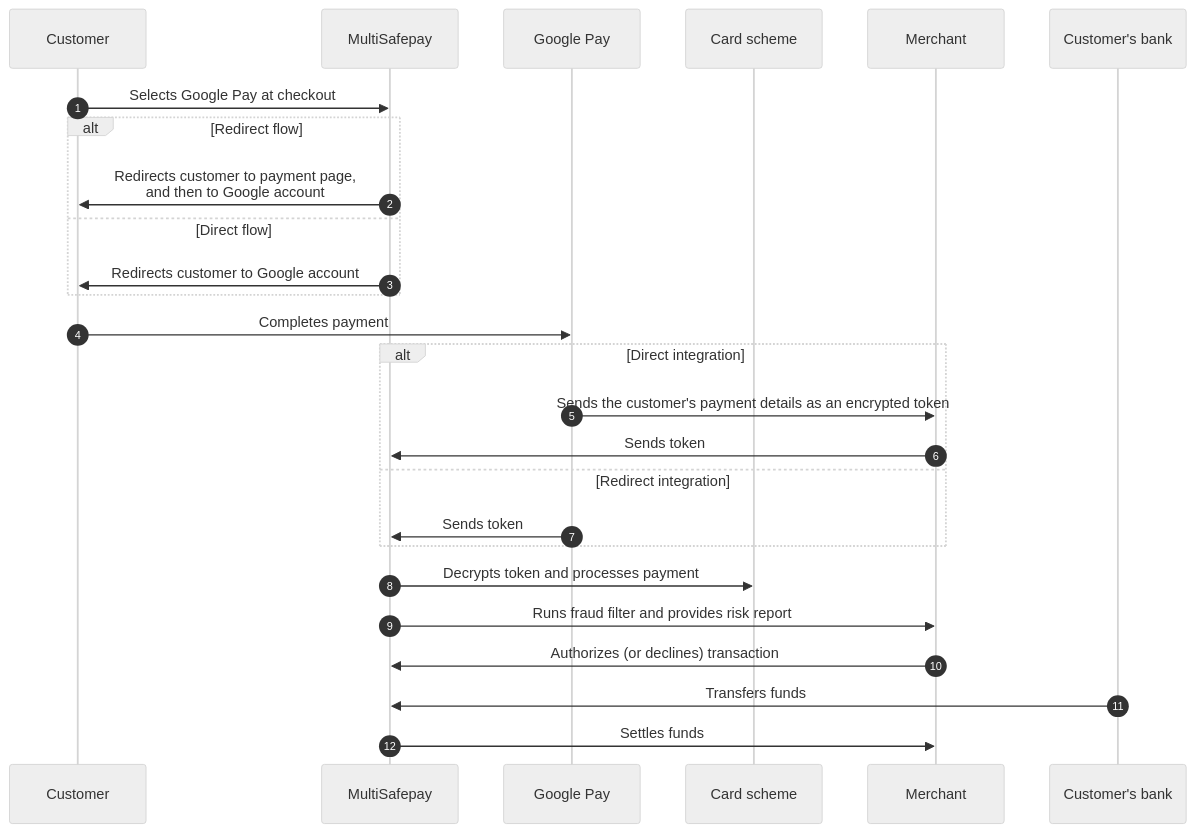
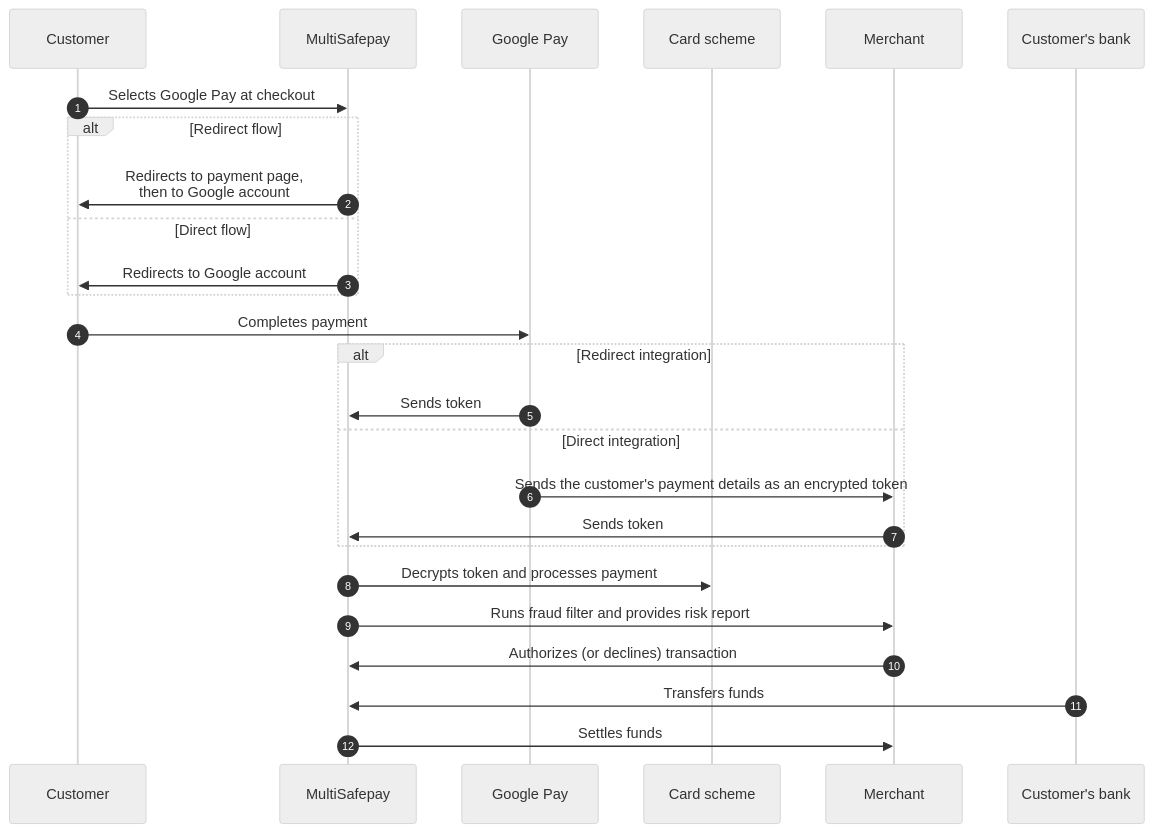
The diagram in content/payments/methods/wallet/googlepay/payment-flow.md (MultiSafepay/docs), drawn with Mermaid (neutral theme) before and after one commit. The commit also changed other lines of this file and 35 other files, not shown here.

```diff
--- a/content/payments/methods/wallet/googlepay/payment-flow.md
+++ b/content/payments/methods/wallet/googlepay/payment-flow.md
@@ -14,31 +14,31 @@
 {{< mermaid class="text-center" >}}
 
 sequenceDiagram
     autonumber
     participant C as Customer
     participant Mu as MultiSafepay
     participant G as Google Pay
     participant CS as Card scheme
     participant Me as Merchant
     participant CB as Customer's bank
     
     C->>Mu: Selects Google Pay at checkout
     alt Redirect flow
-    Mu->>C: Redirects customer to payment page, <br> and then to Google account
+    Mu->>C: Redirects to payment page, <br> then to Google account
     else Direct flow
-    Mu->>C: Redirects customer to Google account
+    Mu->>C: Redirects to Google account
     end
     C->>G: Completes payment 
-    alt Direct integration
+    alt Redirect integration
+    G->>Mu: Sends token
+    else Direct integration
     G->>Me: Sends the customer's payment details as an encrypted token
     Me->>Mu: Sends token
-    else Redirect integration
-    G->>Mu: Sends token
     end
     Mu->>CS: Decrypts token and processes payment
     Mu->>Me: Runs fraud filter and provides risk report
     Me->>Mu: Authorizes (or declines) transaction
     CB->>Mu: Transfers funds 
     Mu->>Me: Settles funds
 
 {{< /mermaid >}}
```
